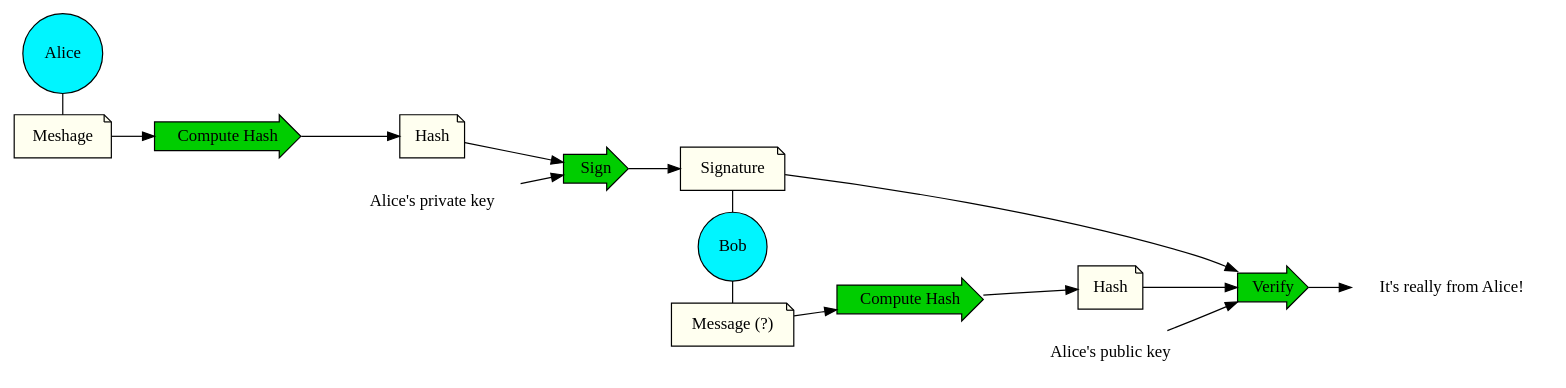
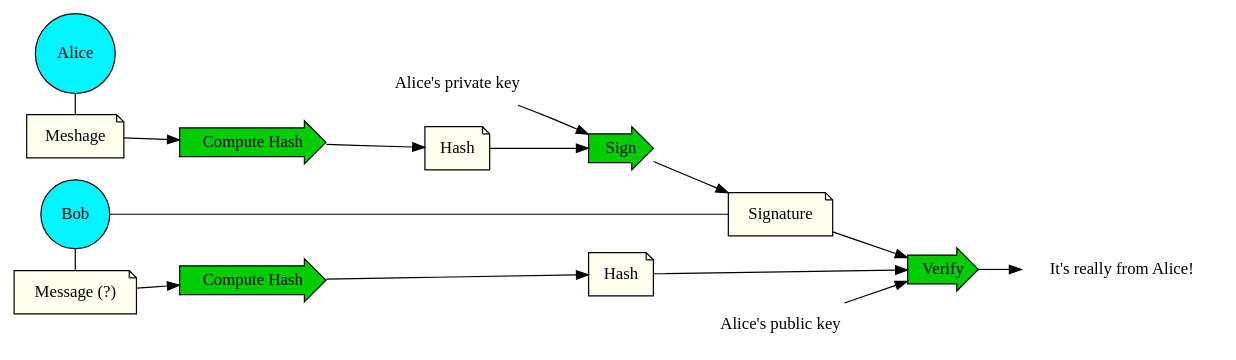
One commit to holliebaker/dev-lunch-aug-2019 changed the diagram in signing.dot. Above: the diagram before and after it, drawn with Graphviz. The commit also changed 4 other files, not shown here.

```diff
--- a/signing.dot
+++ b/signing.dot
@@ -1,41 +1,41 @@
 digraph G {
     rankdir=LR;
     
     node [shape=note,style=filled,fillcolor=ivory];
     message [label="Meshage"];
     hash [label="Hash"];
     message2 [label="Message (?)"];
     hash2 [label="Hash"];
     sig [label="Signature"]
 
     node[shape=rarrow,style=filled,fillcolor=green3];
     sign [label="Sign"];
     verify [label="Verify"];
     hashfunc [label="Compute Hash"];
     hashfunc2 [label="Compute Hash"];
 
     node[shape=none,style=none];
     E [label="Alice's public key"];
     D [label="Alice's private key"];
     V [label="It's really from Alice!"];
 
     node[shape=circle,style=filled,fillcolor=turquoise1];
     A [label="Alice"];
     B [label="Bob"];
 
 
     A -> message [dir=none];
     message -> hashfunc -> hash -> sign -> sig -> verify;
 
     
     sig-> B -> message2 [dir=none];
     message2 -> hashfunc2 -> hash2 -> verify;
     
     verify -> V
     
     D -> sign;
     E -> verify;
  
-    {rank=same A,message}
-    {rank=same B,message2,sig}
+    {rank=same A,message,B,message2}
+    {rank=same B,message2}
 }
```
